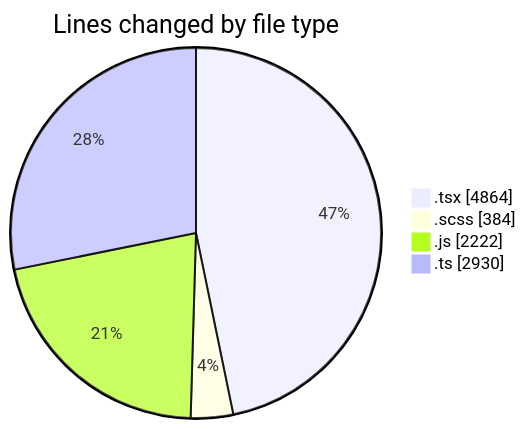
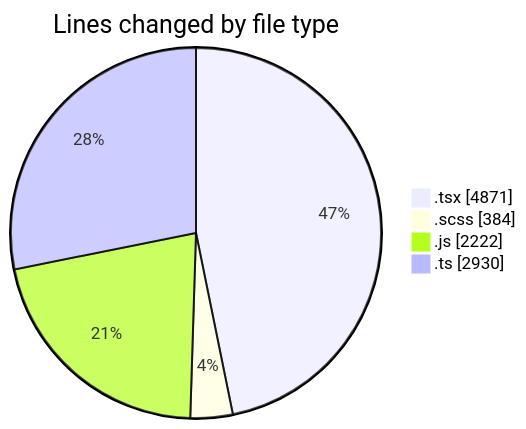
Before and after one commit to momahboobian/code-tracking: the first of 2 diagrams in 2026-06-17/cda/README.md, drawn with Mermaid. The commit also changed other lines of this file and 1 other file, not shown here.

````diff
--- a/2026-06-17/cda/README.md
+++ b/2026-06-17/cda/README.md
@@ -60,8 +60,8 @@
 ```mermaid
 pie showData
 title Lines changed by file type
-".tsx" : 4864
+".tsx" : 4871
 ".scss" : 384
 ".js" : 2222
 ".ts" : 2930
 ```
````
